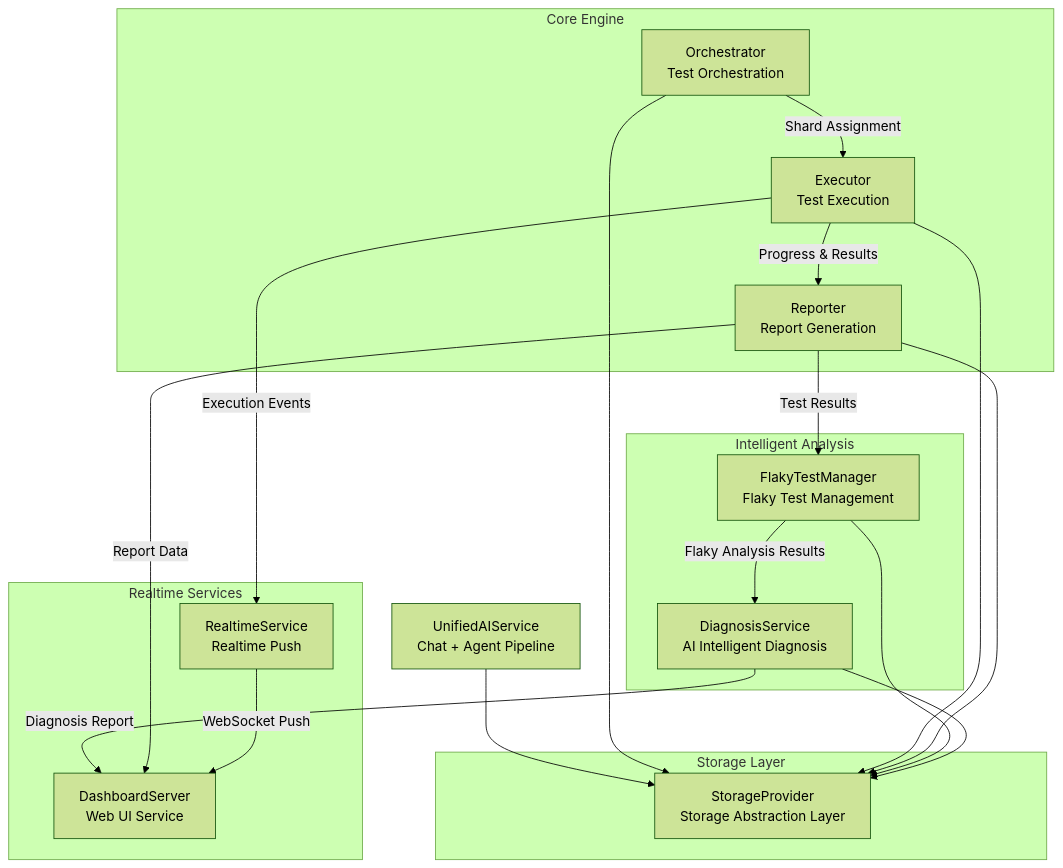
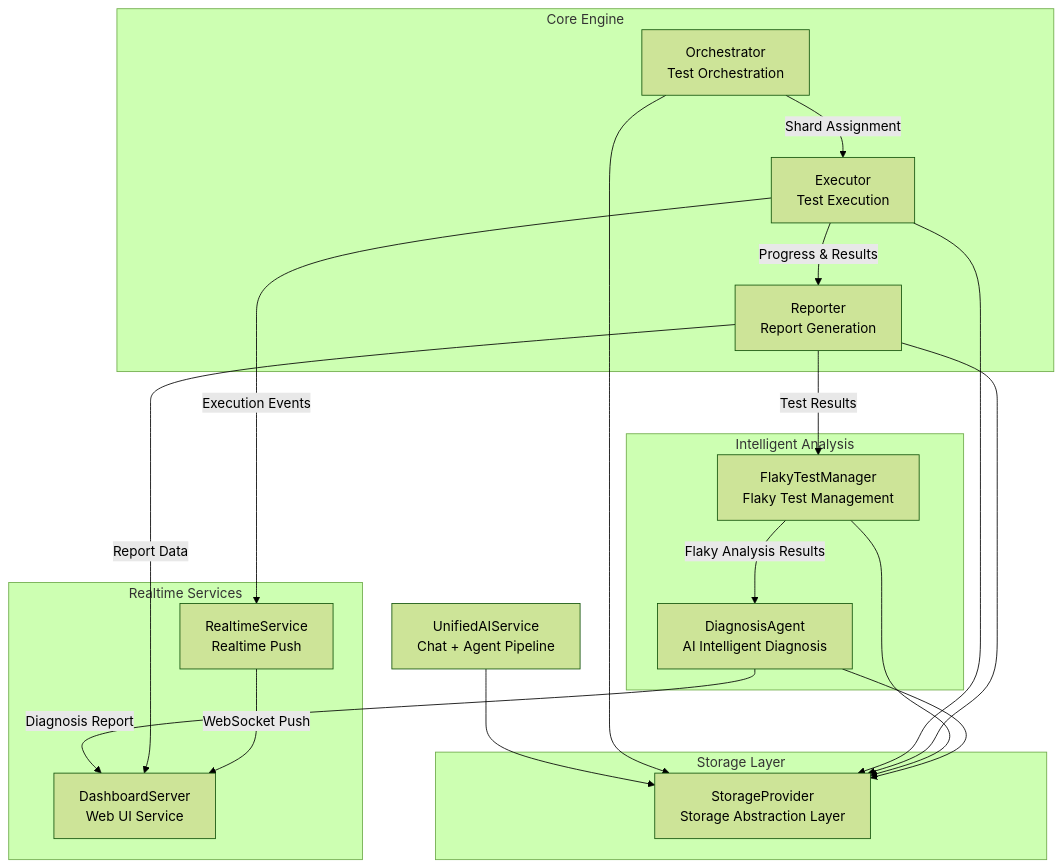
One commit to yuandiv/yuantest-playwright changed the first of 4 diagrams in documentation/architecture.md. Above: the diagram before and after it, drawn with Mermaid (forest theme). The commit also changed other lines of this file and 7 other files, not shown here.

````diff
--- a/documentation/architecture.md
+++ b/documentation/architecture.md
@@ -9,37 +9,37 @@
 ```mermaid
 graph TB
     subgraph Core Engine
         ORC[Orchestrator<br/>Test Orchestration]
         EXE[Executor<br/>Test Execution]
         RPT[Reporter<br/>Report Generation]
     end
 
     subgraph Intelligent Analysis
         FTM[FlakyTestManager<br/>Flaky Test Management]
-        DIA[DiagnosisService<br/>AI Intelligent Diagnosis]
+        DIA[DiagnosisAgent<br/>AI Intelligent Diagnosis]
     end
 
     subgraph Realtime Services
         RTS[RealtimeService<br/>Realtime Push]
         DSB[DashboardServer<br/>Web UI Service]
     end
 
     subgraph Storage Layer
         STO[StorageProvider<br/>Storage Abstraction Layer]
     end
 
     ORC -->|Shard Assignment| EXE
     EXE -->|Progress & Results| RPT
     RPT -->|Test Results| FTM
     FTM -->|Flaky Analysis Results| DIA
     DIA -->|Diagnosis Report| DSB
     RPT -->|Report Data| DSB
     EXE -->|Execution Events| RTS
     RTS -->|WebSocket Push| DSB
     UAI[UnifiedAIService<br/>Chat + Agent Pipeline] --> STO
     ORC --> STO
     EXE --> STO
     RPT --> STO
     FTM --> STO
     DIA --> STO
 ```
````
